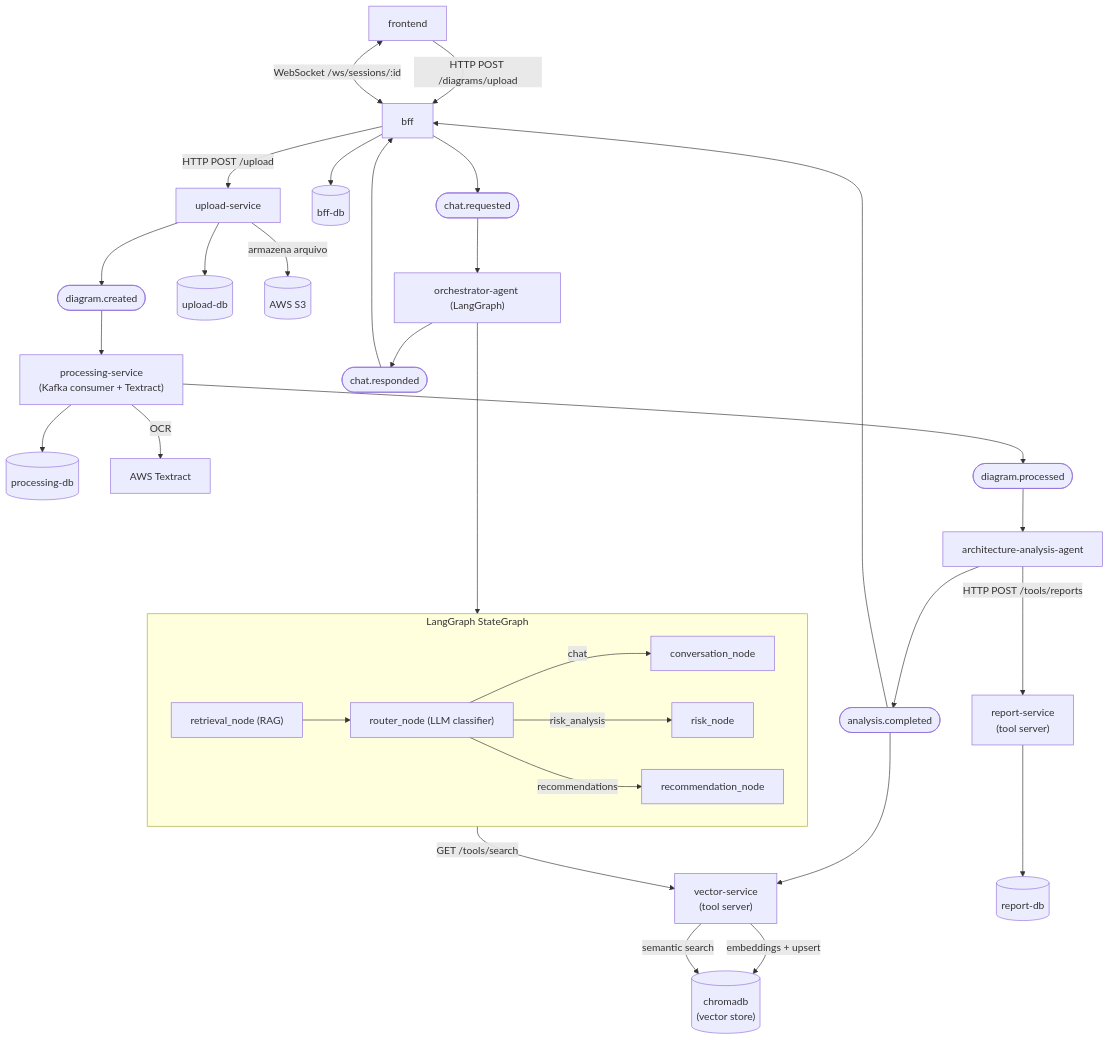
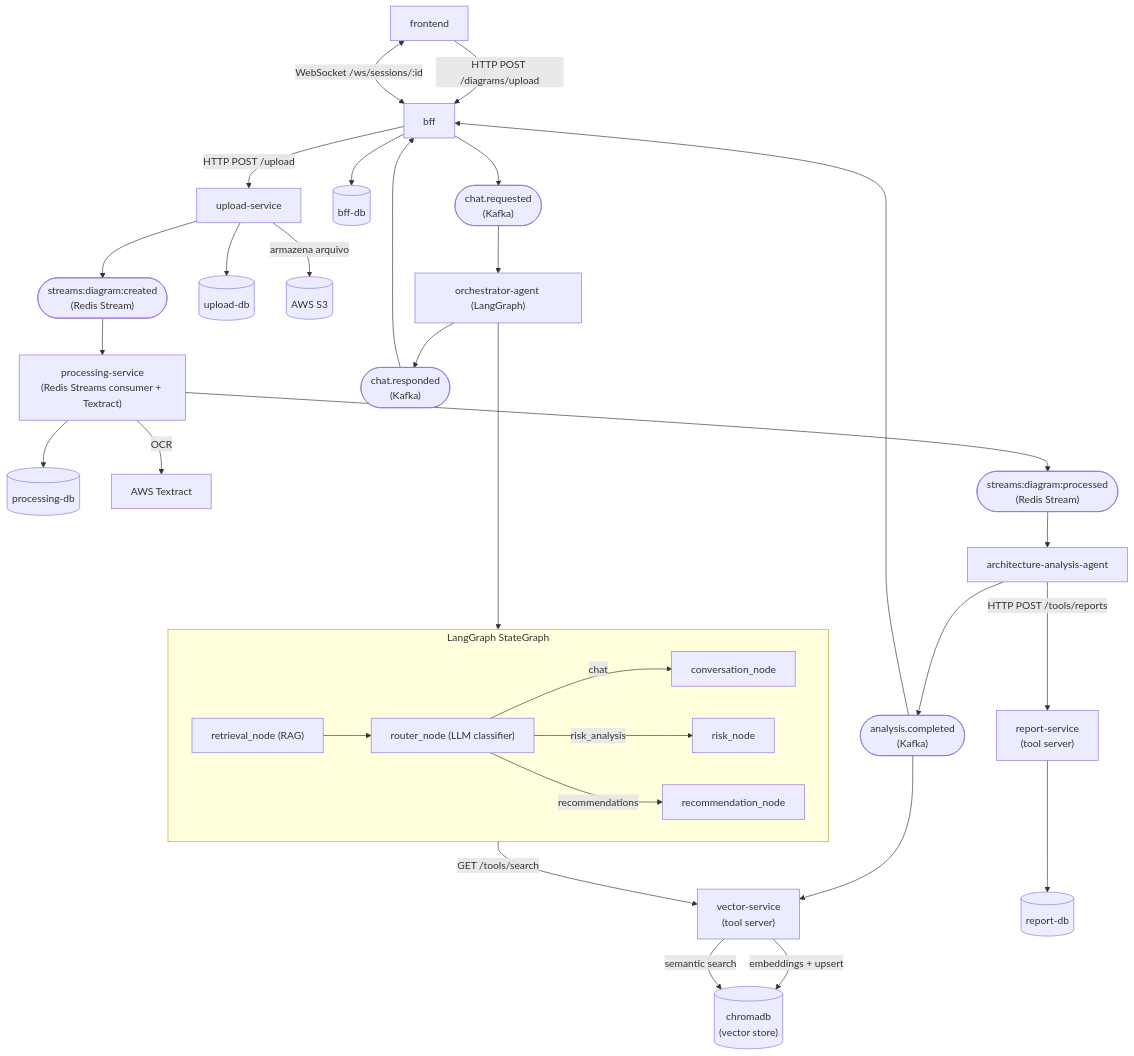
One commit to bodjay/ia-para-devs changed the diagram in fase-5/tech-challenge/doc/ARCHITECTURE.md. Above: the diagram before and after it, drawn with Mermaid. The commit also changed other lines of this file and 34 other files, not shown here.

First line of the commit message:
Refactor processing and report services to use Redis streams instead of Kafka

```diff
--- a/fase-5/tech-challenge/doc/ARCHITECTURE.md
+++ b/fase-5/tech-challenge/doc/ARCHITECTURE.md
@@ -14,7 +18,7 @@
 
     %% Upload e Processing
     US["upload-service"]
-    PS["processing-service\n(Kafka consumer + Textract)"]
+    PS["processing-service\n(Redis Streams consumer + Textract)"]
 
     %% Tool Server HTTP
     RS["report-service\n(tool server)"]
@@ -35,12 +39,14 @@
     S3[("AWS S3")]
     TX["AWS Textract"]
 
-    %% Tópicos Kafka
-    T1(["diagram.created"])
-    T2(["diagram.processed"])
-    T3(["analysis.completed"])
-    T4(["chat.requested"])
-    T5(["chat.responded"])
+    %% Redis Streams (pipeline de processamento)
+    T1(["streams:diagram:created\n(Redis Stream)"])
+    T2(["streams:diagram:processed\n(Redis Stream)"])
+
+    %% Tópicos Kafka (análise e chat)
+    T3(["analysis.completed\n(Kafka)"])
+    T4(["chat.requested\n(Kafka)"])
+    T5(["chat.responded\n(Kafka)"])
 
     %% Fluxo de upload e análise
     FE -->|HTTP POST /diagrams/upload| BFF
```
